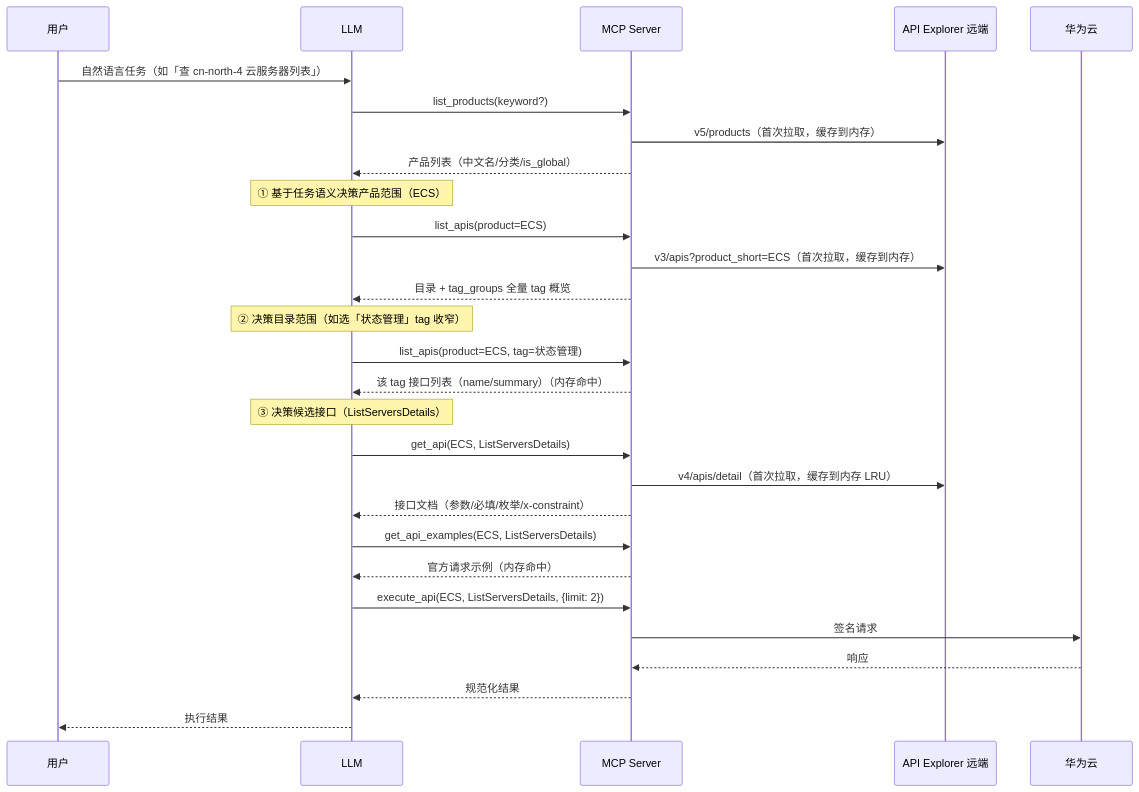
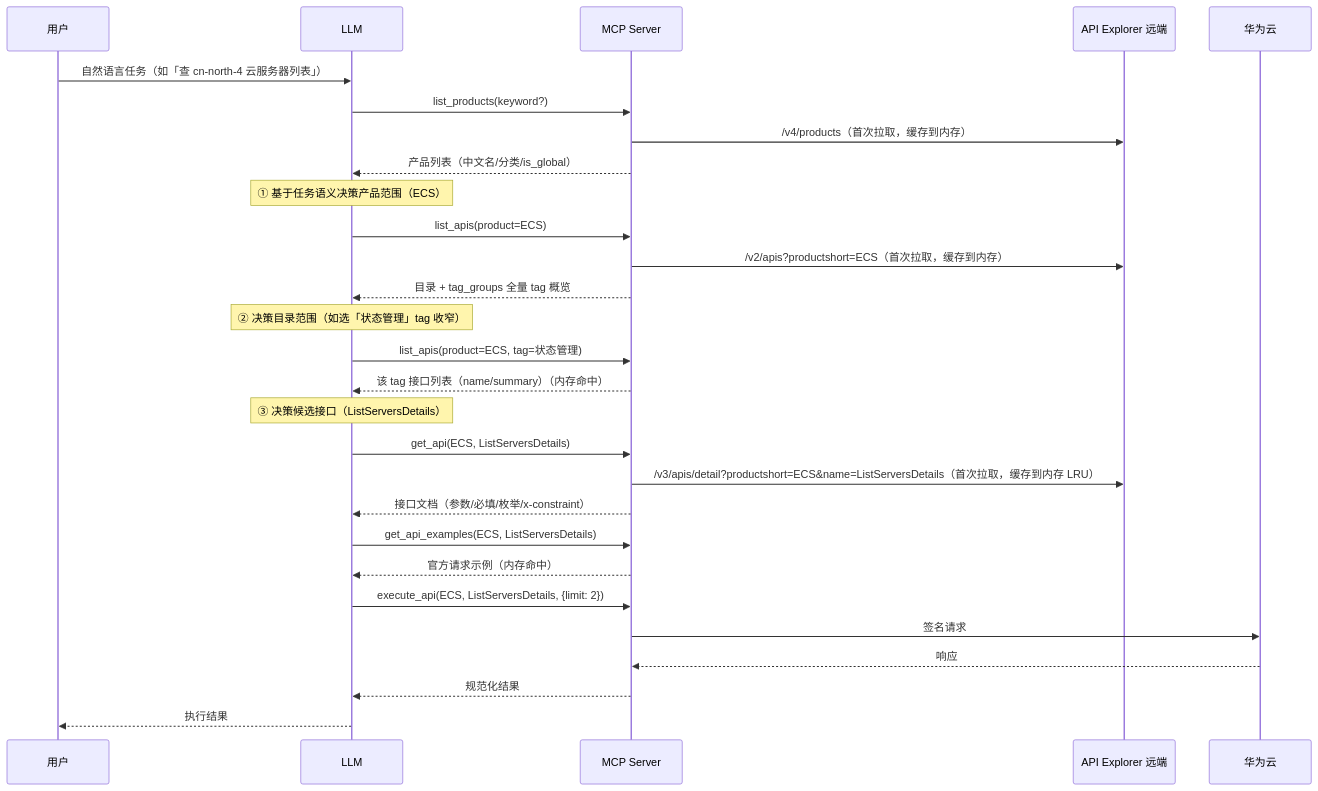
Before and after one commit to huaweicloud-mate/huaweicloud-open-mcp: the first of 7 diagrams in docs/mcp-openapi.md, drawn with Mermaid. The commit also changed other lines of this file and 15 other files, not shown here.

````diff
--- a/docs/mcp-openapi.md
+++ b/docs/mcp-openapi.md
@@ -17,31 +17,31 @@
 ```mermaid
 sequenceDiagram
     participant U as 用户
     participant L as LLM
     participant M as MCP Server
     participant C as API Explorer 远端
     participant H as 华为云
 
     U->>L: 自然语言任务（如「查 cn-north-4 云服务器列表」）
     L->>M: list_products(keyword?)
-    M->>C: v5/products（首次拉取，缓存到内存）
+    M->>C: /v4/products（首次拉取，缓存到内存）
     M-->>L: 产品列表（中文名/分类/is_global）
     Note over L: ① 基于任务语义决策产品范围（ECS）
     L->>M: list_apis(product=ECS)
-    M->>C: v3/apis?product_short=ECS（首次拉取，缓存到内存）
+    M->>C: /v2/apis?productshort=ECS（首次拉取，缓存到内存）
     M-->>L: 目录 + tag_groups 全量 tag 概览
     Note over L: ② 决策目录范围（如选「状态管理」tag 收窄）
     L->>M: list_apis(product=ECS, tag=状态管理)
     M-->>L: 该 tag 接口列表（name/summary）（内存命中）
     Note over L: ③ 决策候选接口（ListServersDetails）
     L->>M: get_api(ECS, ListServersDetails)
-    M->>C: v4/apis/detail（首次拉取，缓存到内存 LRU）
+    M->>C: /v3/apis/detail?productshort=ECS&name=ListServersDetails（首次拉取，缓存到内存 LRU）
     M-->>L: 接口文档（参数/必填/枚举/x-constraint）
     L->>M: get_api_examples(ECS, ListServersDetails)
     M-->>L: 官方请求示例（内存命中）
     L->>M: execute_api(ECS, ListServersDetails, {limit: 2})
     M->>H: 签名请求
     H-->>M: 响应
     M-->>L: 规范化结果
     L-->>U: 执行结果
 ```
````
